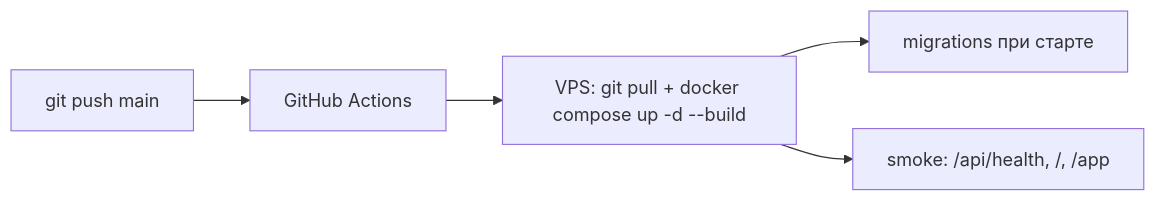
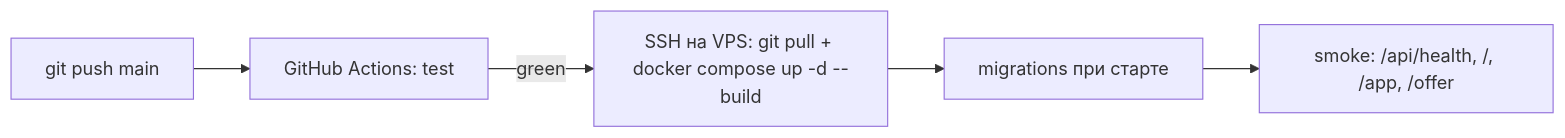
Before and after one commit to oblacko/remontvision: the second of 2 diagrams in docs/ARCHITECTURE.md, drawn with Mermaid. The commit also changed other lines of this file and 21 other files, not shown here.

````diff
--- a/docs/ARCHITECTURE.md
+++ b/docs/ARCHITECTURE.md
@@ -83,7 +96,7 @@
 ```mermaid
 flowchart LR
-  Dev["git push main"] --> GH["GitHub Actions"]
-  GH --> VPS["VPS: git pull + docker compose up -d --build"]
-  VPS --> Migr["migrations при старте"]
-  VPS --> Smoke["smoke: /api/health, /, /app"]
+  Dev["git push main"] --> CI["GitHub Actions: test"]
+  CI -->|green| Deploy["SSH на VPS: git pull + docker compose up -d --build"]
+  Deploy --> Migr["migrations при старте"]
+  Migr --> Smoke["smoke: /api/health, /, /app, /offer"]
 ```
````
